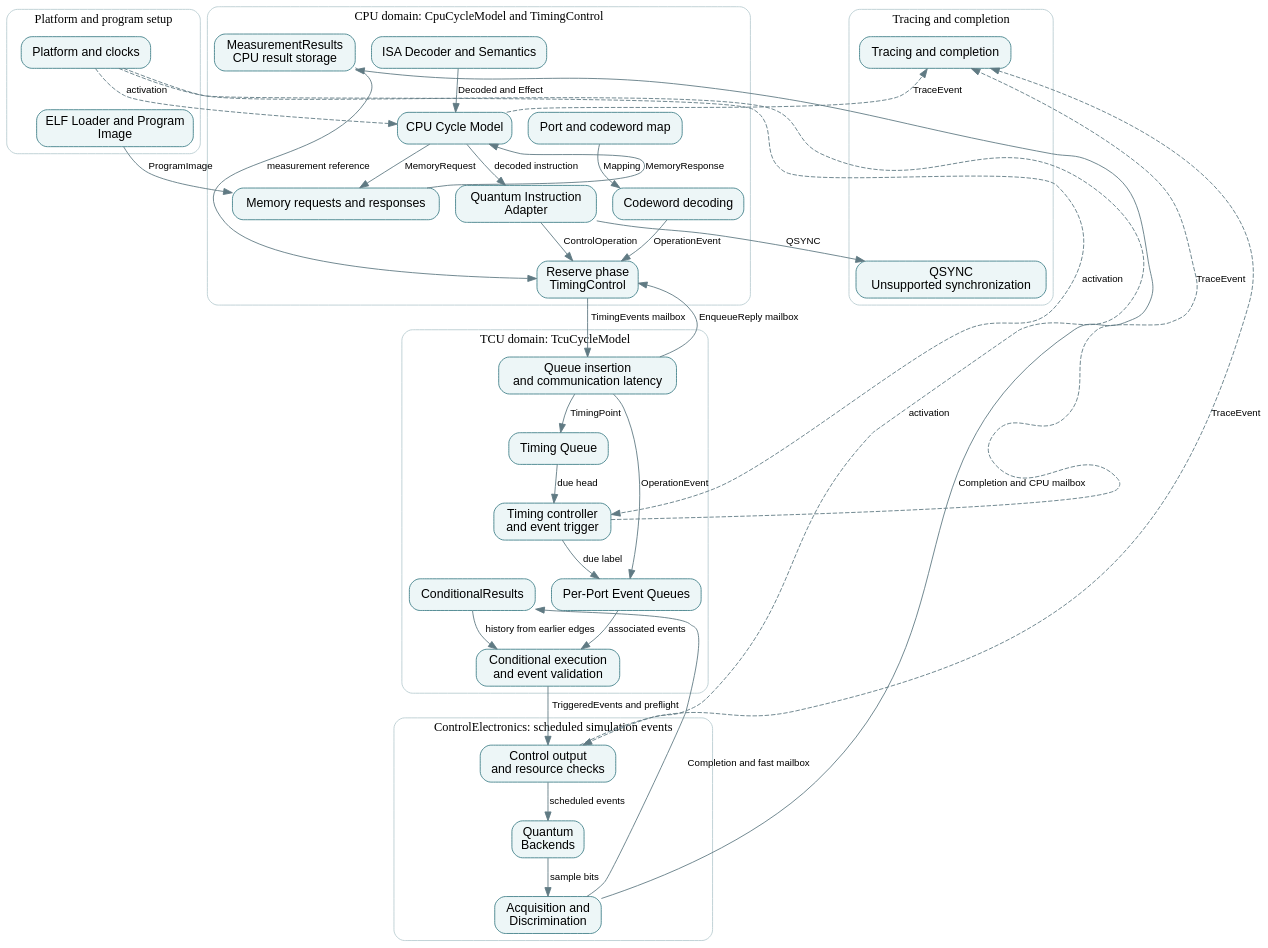
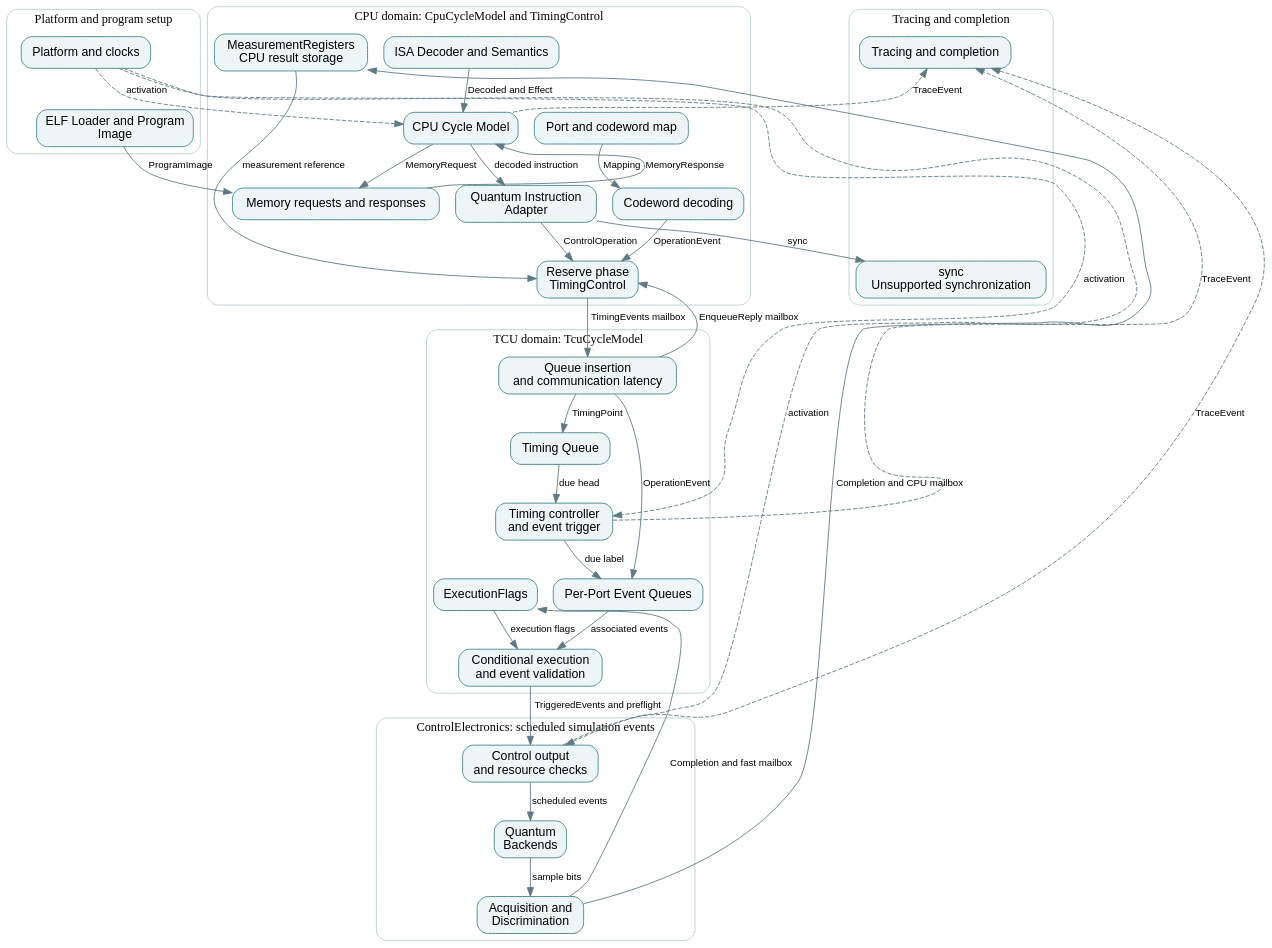
The diagram in docs/implementation.dot (qsbit-org/qsbit-sim), drawn with Graphviz before and after one commit. The commit also changed 92 other files, not shown here.

```diff
--- a/docs/implementation.dot
+++ b/docs/implementation.dot
@@ -1,65 +1,65 @@
 digraph implementation {
   graph [rankdir=TB, newrank=true, bgcolor="transparent", pad=0.2, nodesep=0.25, ranksep=0.45, compound=true];
   node [shape=box, style="rounded,filled", fillcolor="#edf6f7", color="#43818a", fontname="sans-serif", fontsize=14, margin="0.12,0.08", target="_top"];
   edge [color="#607a83", fontname="sans-serif", fontsize=11];
   subgraph cluster_setup { label="Platform and program setup"; color="#bacdd2"; style="rounded";
     m0 [label="Platform and clocks", href="modules/platform-and-clock-adapter.html", id="module-platform-and-clock-adapter"];
     m1 [label="ELF Loader and Program\nImage", href="modules/elf-loader-and-program-image.html", id="module-elf-loader-and-program-image"];
   }
   subgraph cluster_cpu { label="CPU domain: CpuCycleModel and TimingControl"; color="#bacdd2"; style="rounded";
     m2 [label="ISA Decoder and Semantics", href="modules/isa-decoder-and-semantics.html", id="module-isa-decoder-and-semantics"];
     m3 [label="CPU Cycle Model", href="modules/cpu-cycle-model.html", id="module-cpu-cycle-model"];
     m4 [label="Memory requests and responses", href="modules/memory-and-response-model.html", id="module-memory-and-response-model"];
     m5 [label="Quantum Instruction\nAdapter", href="modules/quantum-instruction-adapter.html", id="module-quantum-instruction-adapter"];
     m13 [label="Port and codeword map", href="modules/port-codeword-and-waveform-map.html", id="module-port-codeword-and-waveform-map"];
     m6 [label="Codeword decoding", href="modules/codeword-decoding.html", id="module-codeword-decoding"];
     m7 [label="Reserve phase\nTimingControl", href="modules/reserve-phase.html", id="module-reserve-phase"];
-    m17 [label="MeasurementResults\nCPU result storage", href="modules/measurement-results.html", id="module-measurement-results"];
+    m17 [label="MeasurementRegisters\nCPU result storage", href="modules/measurement-registers.html", id="module-measurement-registers"];
   }
   subgraph cluster_tcu { label="TCU domain: TcuCycleModel"; color="#bacdd2"; style="rounded";
     m8 [label="Queue insertion\nand communication latency", href="modules/queue-enqueue.html", id="module-queue-enqueue"];
     m9 [label="Timing Queue", href="modules/timing-queue.html", id="module-timing-queue"];
     m10 [label="Per-Port Event Queues", href="modules/per-port-event-queues.html", id="module-per-port-event-queues"];
     m11 [label="Timing controller\nand event trigger", href="modules/timing-controller.html", id="module-timing-controller"];
     m12 [label="Conditional execution\nand event validation", href="modules/conditional-execution.html", id="module-conditional-execution"];
-    m18 [label="ConditionalResults", href="modules/conditional-results.html", id="module-conditional-results"];
+    m18 [label="ExecutionFlags", href="modules/execution-flags.html", id="module-execution-flags"];
   }
   subgraph cluster_device { label="ControlElectronics: scheduled simulation events"; color="#bacdd2"; style="rounded";
     m14 [label="Control output\nand resource checks", href="modules/control-output.html", id="module-control-output"];
     m15 [label="Quantum\nBackends", href="modules/quantum-device-model.html", id="module-quantum-device-model"];
     m16 [label="Acquisition and\nDiscrimination", href="modules/acquisition-and-discrimination.html", id="module-acquisition-and-discrimination"];
   }
   subgraph cluster_lifecycle { label="Tracing and completion"; color="#bacdd2"; style="rounded";
     m19 [label="Tracing and completion", href="modules/trace-recorder-and-stop-controller.html", id="module-trace-recorder-and-stop-controller"];
-    m20 [label="QSYNC\nUnsupported synchronization", href="modules/future-synchronization-adapter.html", id="module-future-synchronization-adapter"];
+    m20 [label="sync\nUnsupported synchronization", href="modules/future-synchronization-adapter.html", id="module-future-synchronization-adapter"];
   }
   m1 -> m4 [label="ProgramImage"];
   m4 -> m3 [constraint=false, label="MemoryResponse"];
   m3 -> m4 [label="MemoryRequest"];
   m2 -> m3 [label="Decoded and Effect"];
   m3 -> m5 [label="decoded instruction"];
   m5 -> m7 [label="ControlOperation"];
   m13 -> m6 [label="Mapping"];
   m6 -> m7 [label="OperationEvent"];
   m7 -> m8 [label="TimingEvents mailbox"];
   m8 -> m7 [constraint=false, label="EnqueueReply mailbox"];
   m8 -> m9 [label="TimingPoint"];
   m8 -> m10 [label="OperationEvent"];
   m9 -> m11 [label="due head"];
   m11 -> m10 [label="due label"];
   m10 -> m12 [label="associated events"];
-  m18 -> m12 [label="history from earlier edges"];
+  m18 -> m12 [label="execution flags"];
   m12 -> m14 [label="TriggeredEvents and preflight"];
   m14 -> m15 [label="scheduled events"];
   m15 -> m16 [label="sample bits"];
   m16 -> m17 [constraint=false, label="Completion and CPU mailbox"];
   m16 -> m18 [constraint=false, label="Completion and fast mailbox"];
   m17 -> m7 [constraint=false, label="measurement reference"];
-  m5 -> m20 [label="QSYNC"];
+  m5 -> m20 [label="sync"];
   m0 -> m3 [style=dashed, constraint=false, label="activation"];
   m0 -> m11 [style=dashed, constraint=false, label="activation"];
   m0 -> m14 [style=dashed, constraint=false, label="activation"];
   m3 -> m19 [style=dashed, constraint=false, label="TraceEvent"];
   m11 -> m19 [style=dashed, constraint=false, label="TraceEvent"];
   m14 -> m19 [style=dashed, constraint=false, label="TraceEvent"];
 }
```
